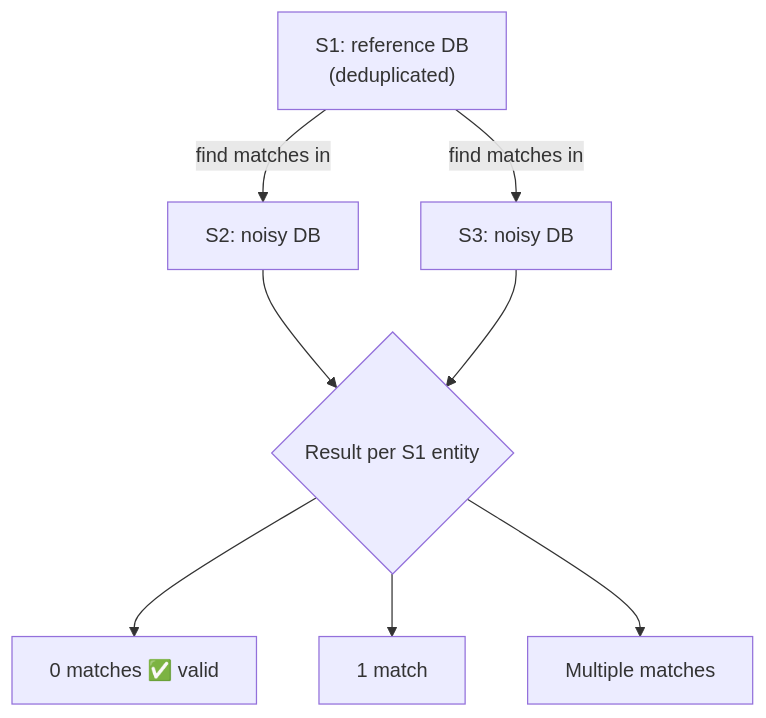
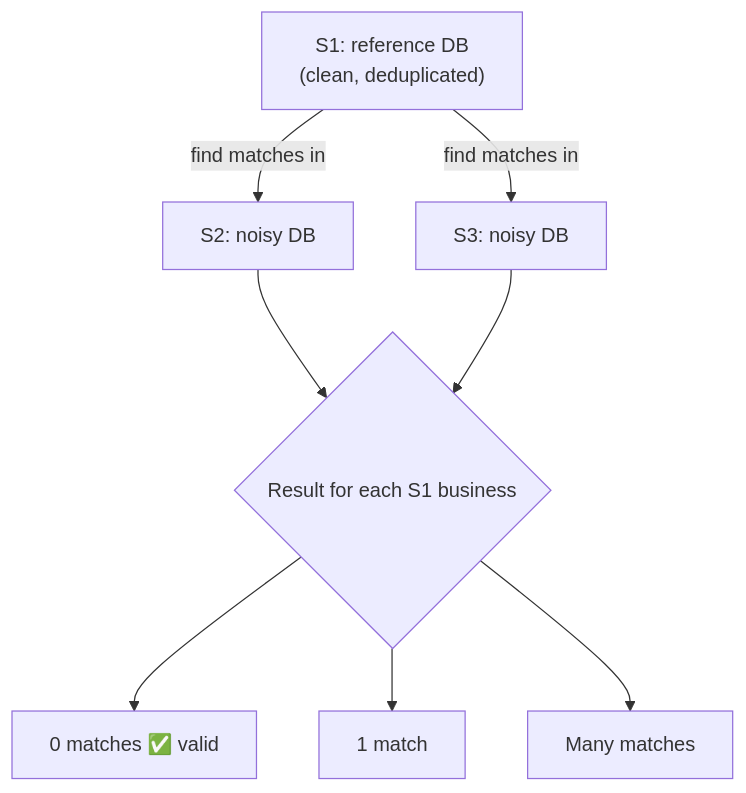
One commit to DharmiSapariya/Amazom_ML_Challenge_2026 changed the second of 17 diagrams in README.md. Above: the diagram before and after it, drawn with Mermaid. The commit also changed other lines of this file, not shown here.

````diff
--- a/README.md
+++ b/README.md
@@ -95,10 +51,10 @@
 ```mermaid
 flowchart TD
-    S1["S1: reference DB<br/>(deduplicated)"] -->|find matches in| S2["S2: noisy DB"]
+    S1["S1: reference DB<br/>(clean, deduplicated)"] -->|find matches in| S2["S2: noisy DB"]
     S1 -->|find matches in| S3["S3: noisy DB"]
-    S2 --> R{"Result per S1 entity"}
+    S2 --> R{"Result for each S1 business"}
     S3 --> R
     R --> Z["0 matches ✅ valid"]
     R --> O["1 match"]
-    R --> M["Multiple matches"]
+    R --> M["Many matches"]
 ```
````
